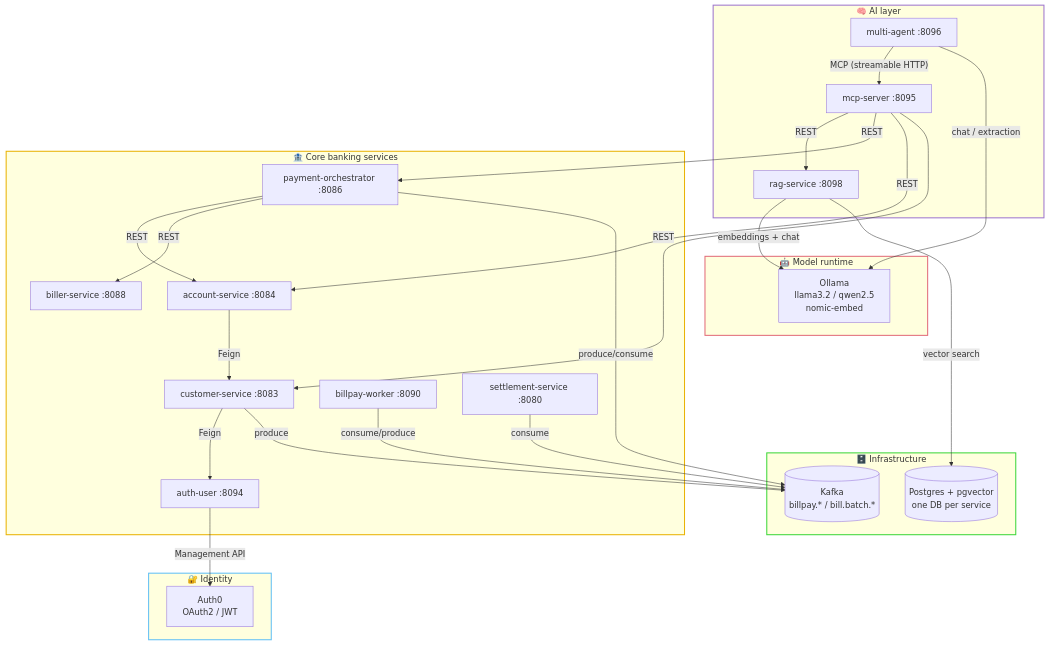
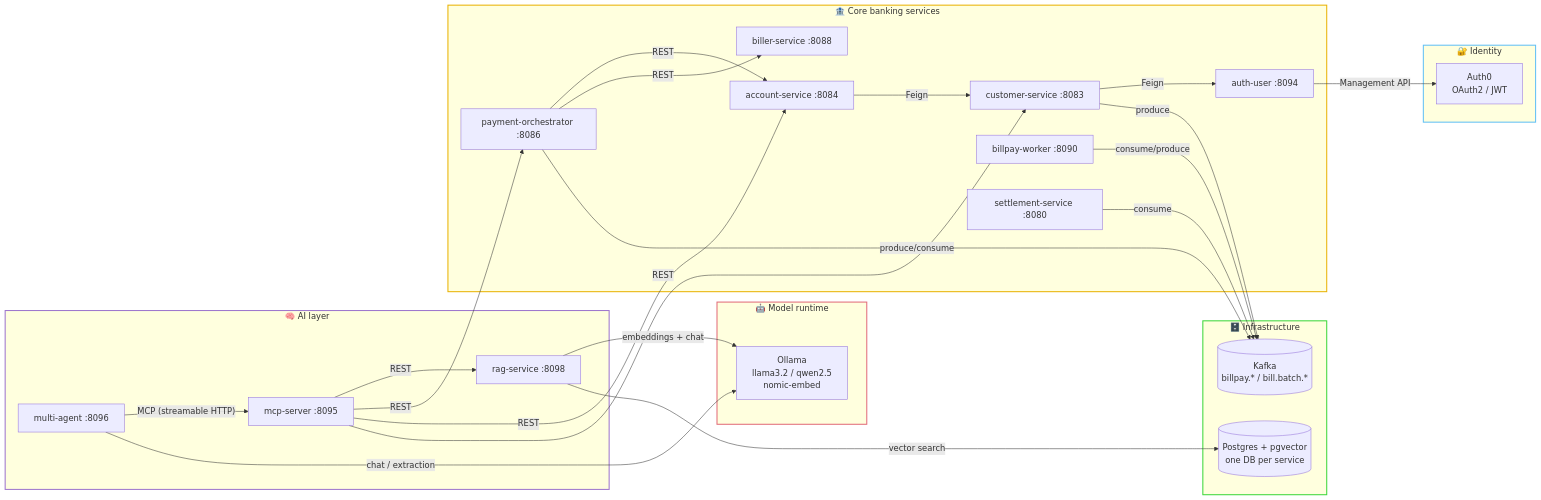
One commit to jclin0311/BankStackAI changed the diagram in README.md. Above: the diagram before and after it, drawn with Mermaid.

````diff
--- a/README.md
+++ b/README.md
@@ -17,57 +17,57 @@
 ```mermaid
-flowchart TB
+flowchart LR
     subgraph AI["🧠 AI layer"]
         AGENT["multi-agent :8096"]
         MCP["mcp-server :8095"]
         RAG["rag-service :8098"]
     end
 
     subgraph Models["🤖 Model runtime"]
         OLLAMA["Ollama<br/>llama3.2 / qwen2.5<br/>nomic-embed"]
     end
 
     subgraph Edge["🔐 Identity"]
         AUTH0["Auth0<br/>OAuth2 / JWT"]
     end
 
     subgraph Core["🏦 Core banking services"]
         PAY["payment-orchestrator :8086"]
         ACCT["account-service :8084"]
         BILLER["biller-service :8088"]
         CUST["customer-service :8083"]
         AUTHU["auth-user :8094"]
         WORKER["billpay-worker :8090"]
         SETTLE["settlement-service :8080"]
     end
 
     subgraph Infra["🗄️ Infrastructure"]
         KAFKA[("Kafka<br/>billpay.* / bill.batch.*")]
         PG[("Postgres + pgvector<br/>one DB per service")]
     end
 
     AGENT -->|"MCP (streamable HTTP)"| MCP
     AGENT -->|"chat / extraction"| OLLAMA
     RAG -->|"embeddings + chat"| OLLAMA
     MCP -->|REST| RAG
     MCP -->|REST| PAY
     MCP -->|REST| ACCT
     MCP -->|REST| CUST
 
     PAY -->|REST| ACCT
     PAY -->|REST| BILLER
     ACCT -->|Feign| CUST
     CUST -->|Feign| AUTHU
     AUTHU -->|"Management API"| AUTH0
 
     PAY -->|"produce/consume"| KAFKA
     WORKER -->|"consume/produce"| KAFKA
     SETTLE -->|consume| KAFKA
     CUST -->|produce| KAFKA
     RAG -->|"vector search"| PG
 
     style AI stroke:#9f77cd,stroke-width:2px
     style Models stroke:#e26d7a,stroke-width:2px
     style Edge stroke:#63c0f5,stroke-width:2px
     style Core stroke:#e9b306,stroke-width:2px
     style Infra stroke:#3fd73c,stroke-width:2px
 ```
````
